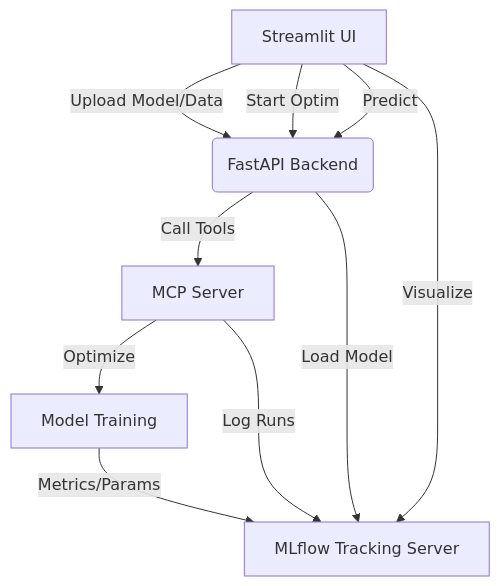
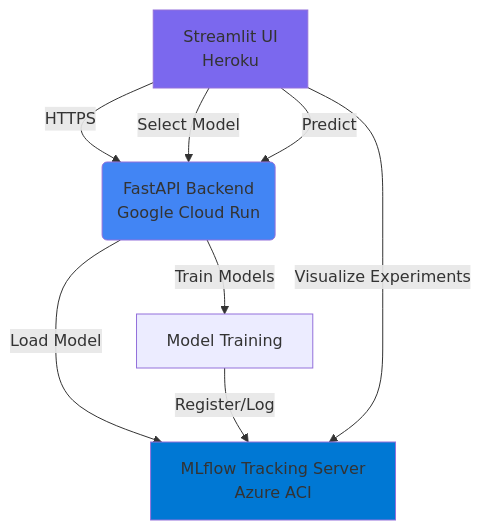
The diagram in README.md (Datascience-Ynov/Projet_final_Cloud), drawn with Mermaid before and after one commit. The commit also changed other lines of this file and 7 other files, not shown here.

````diff
--- a/README.md
+++ b/README.md
@@ -52,12 +56,14 @@
 ```mermaid
 graph TD
-    A[Streamlit UI] -->|Upload Model/Data| B(FastAPI Backend)
-    A -->|Start Optim| B
-   A -->|Predict| B
-    B -->|Call Tools| C[MCP Server]
-    C -->|Optimize| D[Model Training]
-    C -->|Log Runs| E[MLflow Tracking Server]
-   B -->|Load Model| E
-    D -->|Metrics/Params| E
-    A -->|Visualize| E
+    A[Streamlit UI<br/>Heroku] -->|HTTPS| B(FastAPI Backend<br/>Google Cloud Run)
+    A -->|Select Model| B
+    A -->|Predict| B
+    B -->|Train Models| C[Model Training]
+    B -->|Load Model| D[MLflow Tracking Server<br/>Azure ACI]
+    C -->|Register/Log| D
+    A -->|Visualize Experiments| D
+    
+    style A fill:#7b68ee
+    style B fill:#4285f4
+    style D fill:#0078d4
 ```
````
